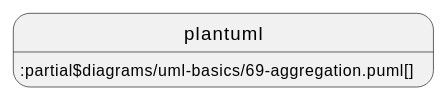
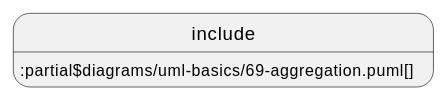
One commit to acplt/aas-specs changed the eighth of 24 diagrams in documentation/IDTA-01001/modules/ROOT/pages/annex/uml.adoc. Above: the diagram before and after it, drawn with PlantUML. The commit also changed other lines of this file and 14 other files, not shown here.

First line of the commit message:
Revert "Use plantuml instead of include and test ./"

```diff
--- a/documentation/IDTA-01001/modules/ROOT/pages/annex/uml.adoc
+++ b/documentation/IDTA-01001/modules/ROOT/pages/annex/uml.adoc
@@ -140,4 +140,4 @@
 [plantuml, 69-aggregation, svg]
 ....
-plantuml::partial$diagrams/uml-basics/69-aggregation.puml[]
+include::partial$diagrams/uml-basics/69-aggregation.puml[]
 ....
```
